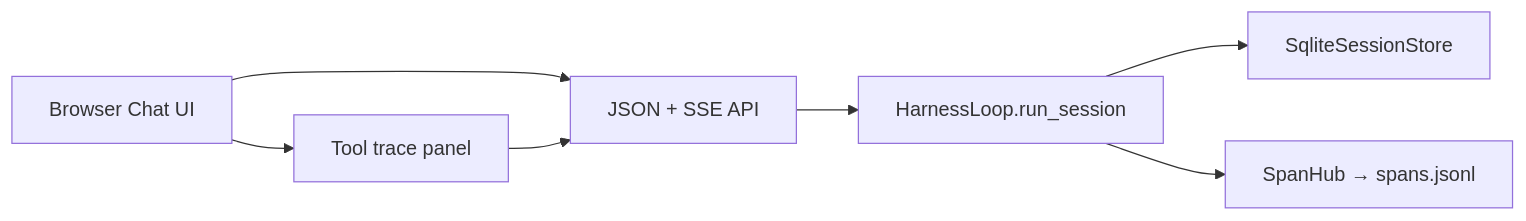
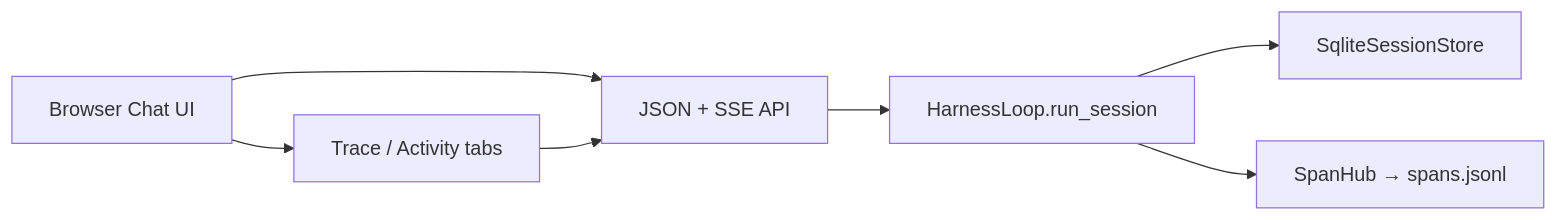
The fifth of 6 diagrams in docs/architecture/overview.md (zhumengzhu/HarnessLab), drawn with Mermaid before and after one commit. The commit also changed other lines of this file and 14 other files, not shown here.

````diff
--- a/docs/architecture/overview.md
+++ b/docs/architecture/overview.md
@@ -521,9 +520,9 @@
 ```mermaid
 flowchart LR
     Browser[Browser Chat UI] --> API[JSON + SSE API]
     API --> Loop[HarnessLoop.run_session]
     Loop --> Store[SqliteSessionStore]
     Loop --> Spans[SpanHub → spans.jsonl]
-    Browser --> Panel[Tool trace panel]
-    Panel --> API
+    Browser --> TraceTab[Trace / Activity tabs]
+    TraceTab --> API
 ```
````
